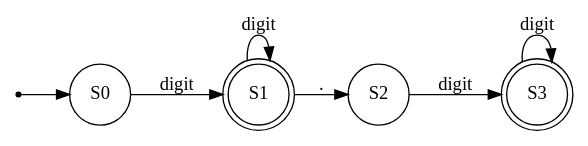
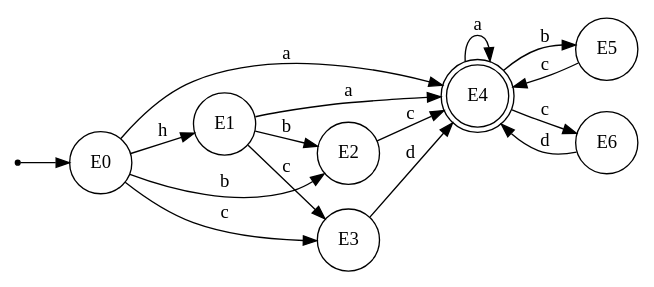
Before and after one commit to angelcard132/LFP_202304063_1S2025CURSOCOMPLETO: the diagram in PROYECTO 1/demo/automata.dot, drawn with Graphviz. The commit also changed 9 other files, not shown here.

```diff
--- a/PROYECTO 1/demo/automata.dot
+++ b/PROYECTO 1/demo/automata.dot
@@ -1,13 +1,21 @@
 digraph Automaton {
     rankdir=LR;
     node [shape=circle];
-    S1 [shape=doublecircle];
-    S3 [shape=doublecircle];
+    E4 [shape=doublecircle];
     inicio [shape=point];
-    inicio -> S0;
-    S0 -> S1 [label="digit"];
-    S1 -> S1 [label="digit"];
-    S1 -> S2 [label="."];
-    S2 -> S3 [label="digit"];
-    S3 -> S3 [label="digit"];
+    inicio -> E0;
+    E0 -> E1 [label="h"];
+    E0 -> E2 [label="b"];
+    E0 -> E3 [label="c"];
+    E0 -> E4 [label="a"];
+    E1 -> E2 [label="b"];
+    E1 -> E3 [label="c"];
+    E1 -> E4 [label="a"];
+    E2 -> E4 [label="c"];
+    E3 -> E4 [label="d"];
+    E4 -> E5 [label="b"];
+    E4 -> E6 [label="c"];
+    E4 -> E4 [label="a"];
+    E5 -> E4 [label="c"];
+    E6 -> E4 [label="d"];
 }
```
